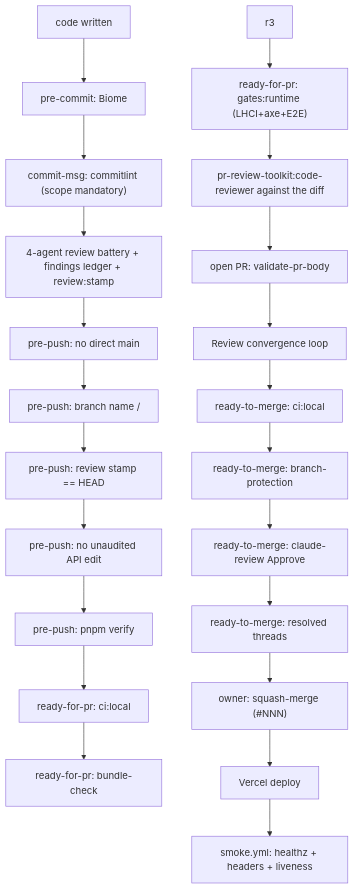
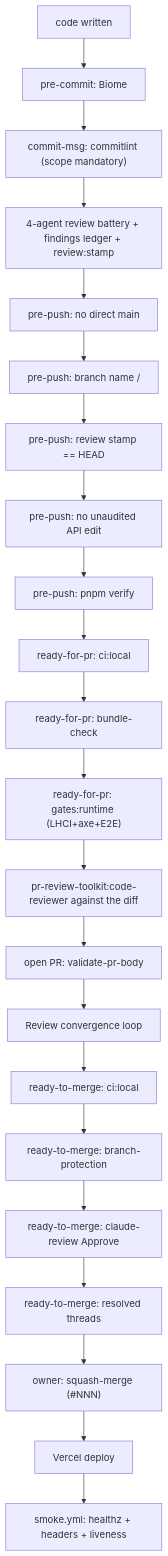
Before and after one commit to erikunha/portfolio: the first of 3 diagrams in docs/handbook/review-merge-release.md, drawn with Mermaid. The commit also changed 5 other files, not shown here.

````diff
--- a/docs/handbook/review-merge-release.md
+++ b/docs/handbook/review-merge-release.md
@@ -7,24 +7,24 @@
 ```mermaid
 flowchart TD
     write["code written"] --> c1["pre-commit: Biome"]
     c1 --> c2["commit-msg: commitlint (scope mandatory)"]
     c2 --> battery["4-agent review battery + findings ledger + review:stamp"]
     battery --> p1["pre-push: no direct main"]
     p1 --> p2["pre-push: branch name <type>/<desc>"]
     p2 --> p3["pre-push: review stamp == HEAD"]
     p3 --> p4["pre-push: no unaudited API edit"]
     p4 --> p5["pre-push: pnpm verify"]
     p5 --> r1["ready-for-pr: ci:local"]
     r1 --> r2["ready-for-pr: bundle-check"]
-    r3 --> r4["ready-for-pr: gates:runtime (LHCI+axe+E2E)"]
+    r2 --> r4["ready-for-pr: gates:runtime (LHCI+axe+E2E)"]
     r4 --> r5["pr-review-toolkit:code-reviewer against the diff"]
     r5 --> o1["open PR: validate-pr-body"]
     o1 --> o2["Review convergence loop"]
     o2 --> m1["ready-to-merge: ci:local"]
     m1 --> m2["ready-to-merge: branch-protection"]
     m2 --> m3["ready-to-merge: claude-review Approve"]
     m3 --> m4["ready-to-merge: resolved threads"]
     m4 --> merge["owner: squash-merge (#NNN)"]
     merge --> deploy["Vercel deploy"]
     deploy --> smoke["smoke.yml: healthz + headers + liveness"]
 ```
````
